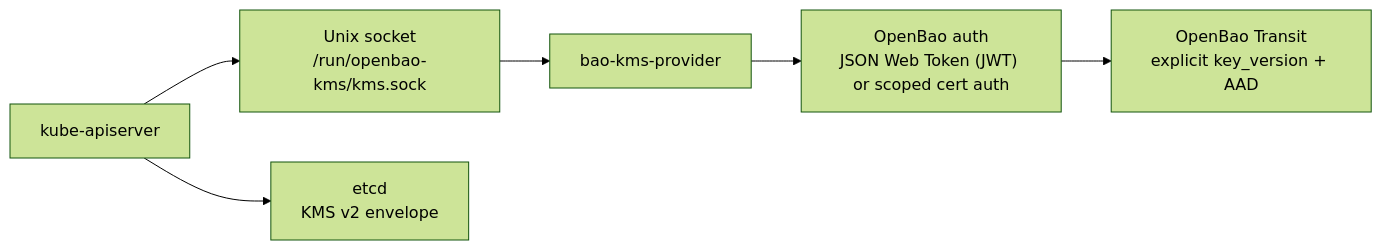
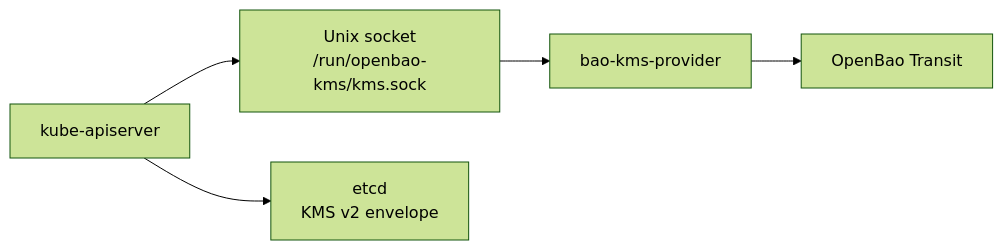
Before and after one commit to dc-tec/openbao-kubernetes-kms: the diagram in README.md, drawn with Mermaid (forest theme). The commit also changed other lines of this file, not shown here.

````diff
--- a/README.md
+++ b/README.md
@@ -41,13 +21,12 @@
 ```mermaid
 flowchart LR
     API["kube-apiserver"]
     Socket["Unix socket<br/>/run/openbao-kms/kms.sock"]
     Provider["bao-kms-provider"]
-    Auth["OpenBao auth<br/>JSON Web Token (JWT) or scoped cert auth"]
-    Transit["OpenBao Transit<br/>explicit key_version + AAD"]
+    Transit["OpenBao Transit"]
     Etcd["etcd<br/>KMS v2 envelope"]
 
     API --> Socket --> Provider
-    Provider --> Auth --> Transit
+    Provider --> Transit
     API --> Etcd
 ```
````
